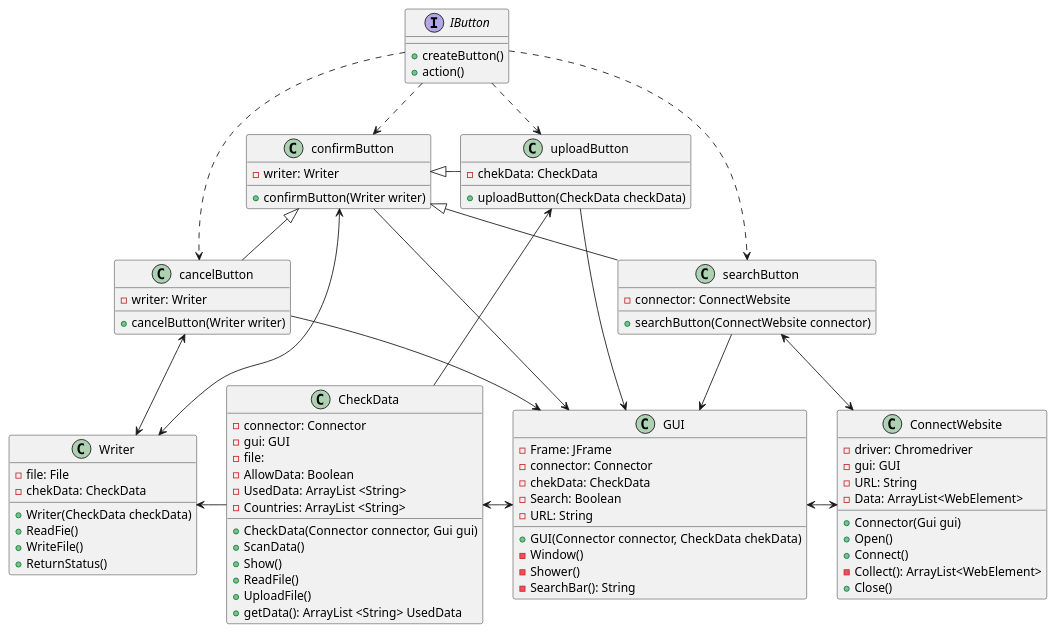
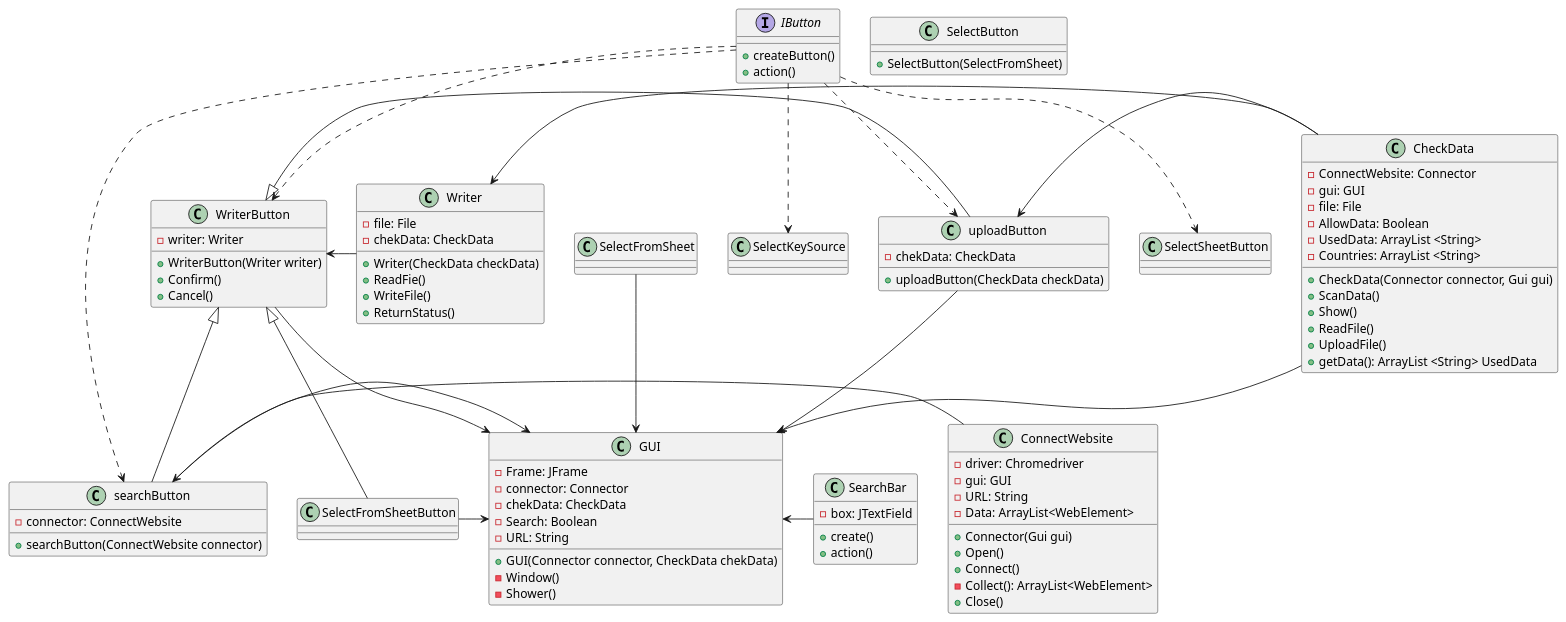
Before and after one commit to Jarnovis/De_Staten_Scanner_-Excel_Versie-: the diagram in UML- en tetxtfiles/UML 2.0.puml, drawn with PlantUML. The commit also changed 12 other files, not shown here.

```diff
--- a/UML- en tetxtfiles/UML 2.0.puml
+++ b/UML- en tetxtfiles/UML 2.0.puml
@@ -1,111 +1,127 @@
 @startuml
 'https://plantuml.com/sequence-diagram
 
 class ConnectWebsite{
     - driver: Chromedriver
     - gui: GUI
     - URL: String
     - Data: ArrayList<WebElement>
 
     + Connector(Gui gui)
     + Open()
     + Connect()
     - Collect(): ArrayList<WebElement>
     + Close()
 }
 
 class Writer{
     - file: File
     - chekData: CheckData
 
     + Writer(CheckData checkData)
     + ReadFie()
     + WriteFile()
     + ReturnStatus()
 }
 
 class CheckData{
-    - connector: Connector
+    - ConnectWebsite: Connector
     - gui: GUI
-    - file:
+    - file: File
     - AllowData: Boolean
     - UsedData: ArrayList <String>
     - Countries: ArrayList <String>
 
     + CheckData(Connector connector, Gui gui)
     + ScanData()
     + Show()
     + ReadFile()
     + UploadFile()
     + getData(): ArrayList <String> UsedData
  }
 
 class GUI{
     - Frame: JFrame
     - connector: Connector
     - chekData: CheckData
     - Search: Boolean
     - URL: String
 
     + GUI(Connector connector, CheckData chekData)
     - Window()
     - Shower()
-    - SearchBar(): String
 }
 
 interface IButton{
     + createButton()
     + action()
 }
 
 class uploadButton{
     - chekData: CheckData
 
     + uploadButton(CheckData checkData)
 }
 
-class confirmButton{
-    - writer: Writer
-
-    + confirmButton(Writer writer)
-}
-
-class cancelButton{
-    - writer: Writer
-
-    + cancelButton(Writer writer)
-}
 
 class searchButton{
     - connector: ConnectWebsite
 
     + searchButton(ConnectWebsite connector)
 }
 
+class SearchBar{
+    - box: JTextField
+
+    + create()
+    + action()
+}
+
+
+
+class SelectFromSheet{
+}
+
+class SelectButton{
+
+    + SelectButton(SelectFromSheet)
+}
+
+class WriterButton{
+    - writer: Writer
+    + WriterButton(Writer writer)
+    + Confirm()
+    + Cancel()
+}
+
 IButton ..> uploadButton
-IButton ..> confirmButton
-IButton ..> cancelButton
+IButton ..> WriterButton
 IButton ..> searchButton
+IButton ..> SelectSheetButton
+IButton ..> SelectKeySource
 
-GUI <-> ConnectWebsite
 
-CheckData <-> GUI
+GUI <- SearchBar
+
+CheckData -> GUI
 
 Writer <- CheckData
 
 uploadButton <- CheckData
-confirmButton <-> Writer
-cancelButton <--> Writer
-searchButton <-> ConnectWebsite
+WriterButton <- Writer
+searchButton <- ConnectWebsite
 
-confirmButton <|- uploadButton
-confirmButton <|-- cancelButton
-confirmButton <|-- searchButton
+WriterButton <|- uploadButton
+WriterButton <|-- searchButton
+WriterButton <|-- SelectFromSheetButton
 
 uploadButton -> GUI
-confirmButton -> GUI
-cancelButton -> GUI
+WriterButton -> GUI
 searchButton -> GUI
+SelectFromSheetButton -> GUI
+
+SelectFromSheet --> GUI
+
 
 
 @enduml
```
